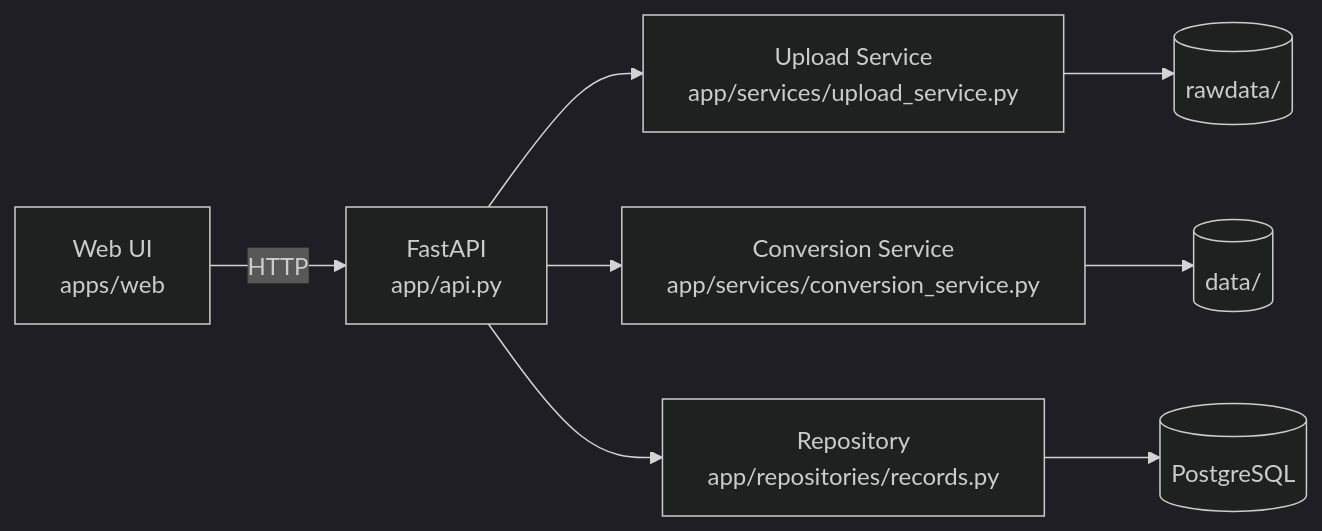
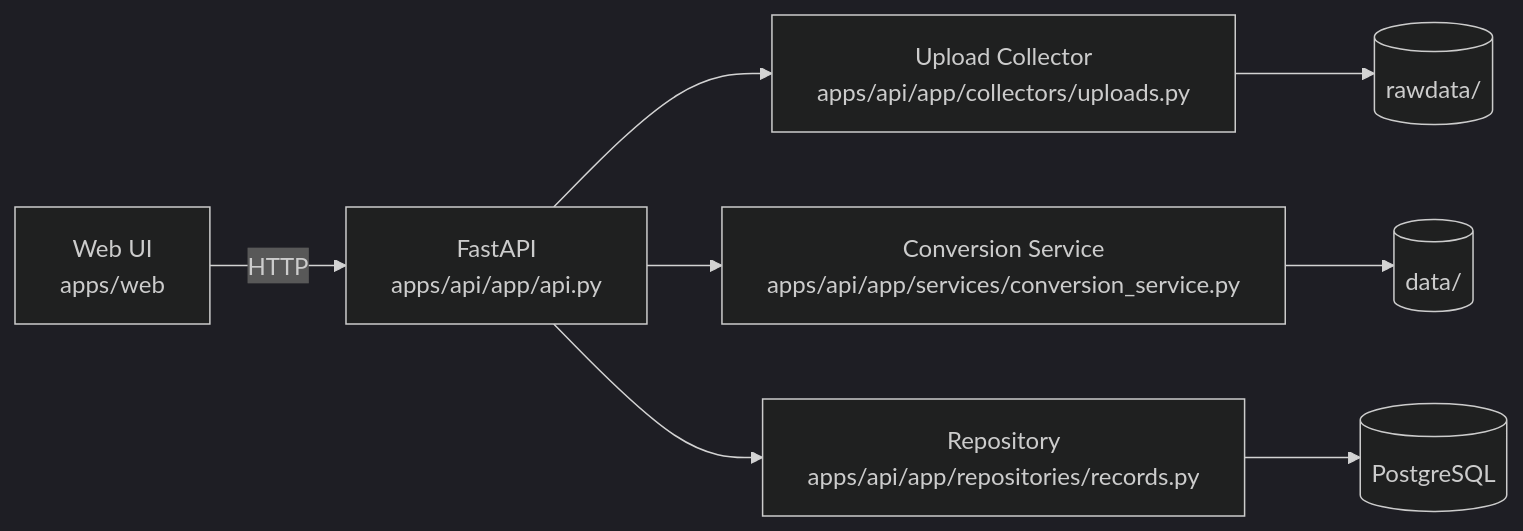
One commit to DS-argus/geodata-workbench changed the first of 3 diagrams in docs/upload-delete-architecture.md. Above: the diagram before and after it, drawn with Mermaid (dark theme). The commit also changed other lines of this file and 81 other files, not shown here.

````diff
--- a/docs/upload-delete-architecture.md
+++ b/docs/upload-delete-architecture.md
@@ -7,10 +7,10 @@
 ```mermaid
 flowchart LR
-  U[Web UI<br/>apps/web] -->|HTTP| A[FastAPI<br/>app/api.py]
-  A --> S1[Upload Service<br/>app/services/upload_service.py]
-  A --> S2[Conversion Service<br/>app/services/conversion_service.py]
-  A --> R[Repository<br/>app/repositories/records.py]
+  U[Web UI<br/>apps/web] -->|HTTP| A[FastAPI<br/>apps/api/app/api.py]
+  A --> S1[Upload Collector<br/>apps/api/app/collectors/uploads.py]
+  A --> S2[Conversion Service<br/>apps/api/app/services/conversion_service.py]
+  A --> R[Repository<br/>apps/api/app/repositories/records.py]
   R --> DB[(PostgreSQL)]
   S1 --> RAW[(rawdata/)]
   S2 --> DATA[(data/)]
 ```
````
